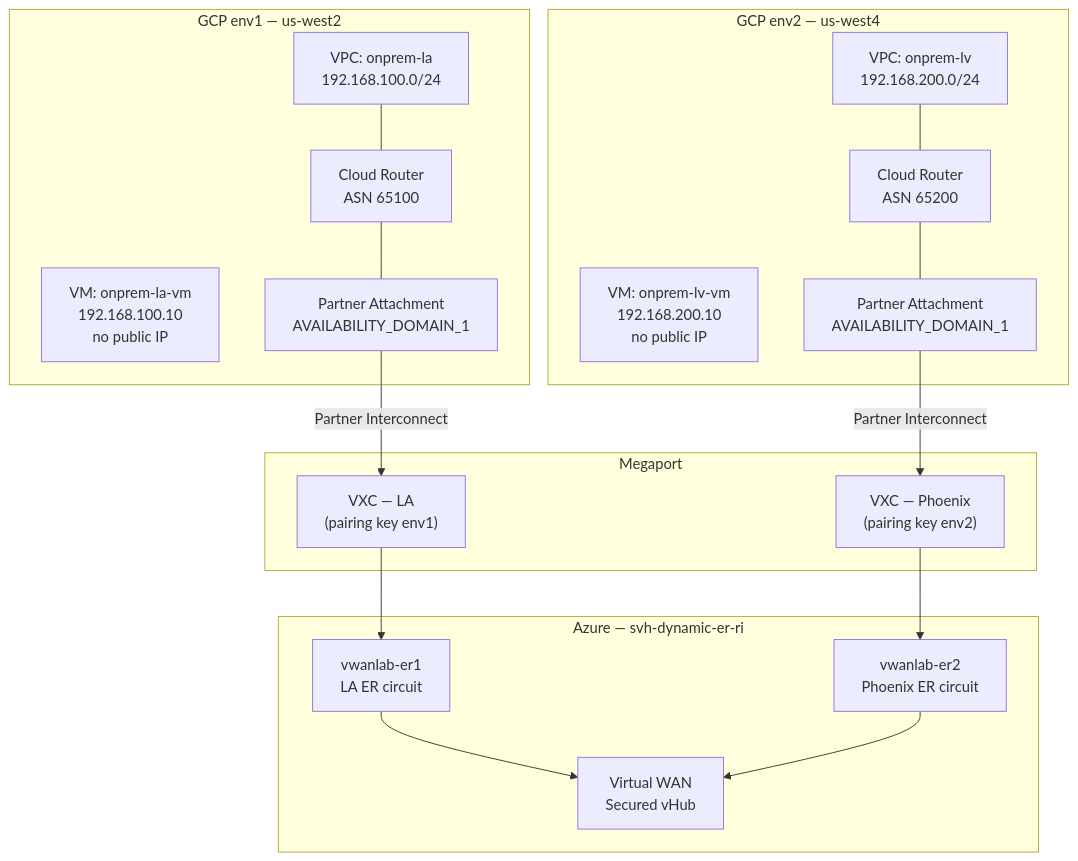
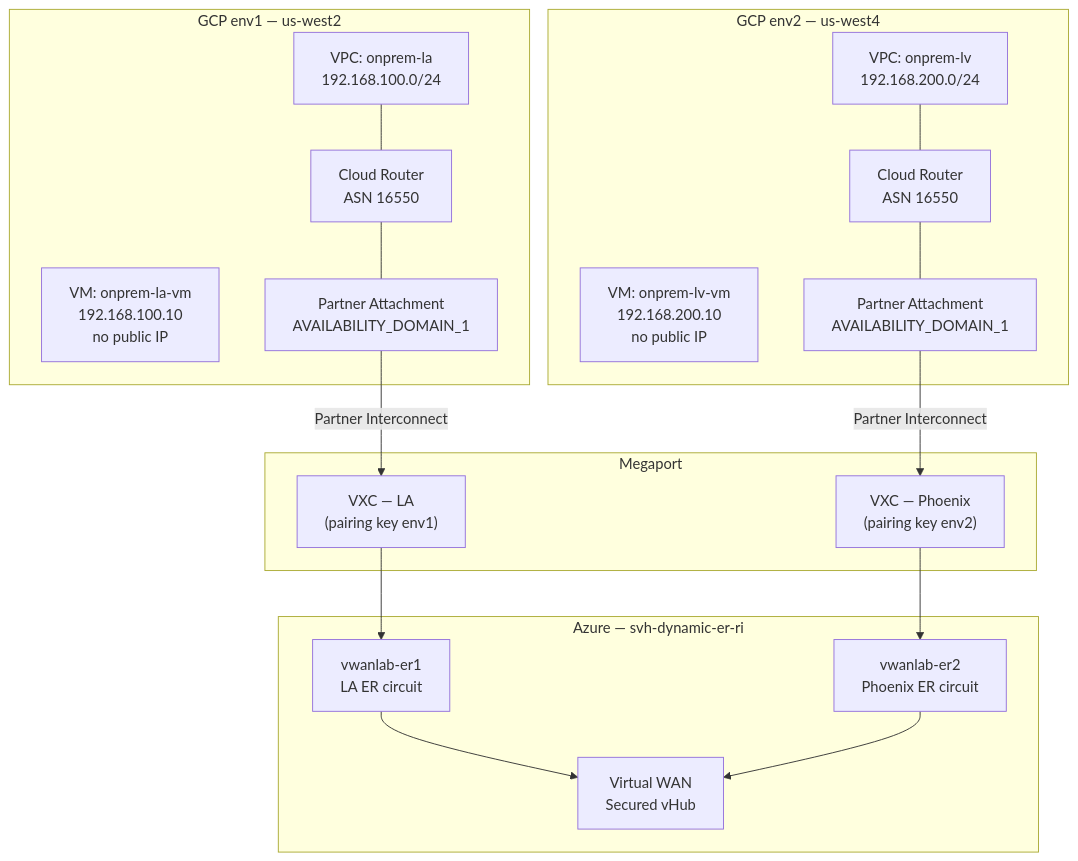
One commit to dmauser/azure-virtualwan changed the diagram in gcp-onprem/docs/architecture.md. Above: the diagram before and after it, drawn with Mermaid. The commit also changed other lines of this file and 10 other files, not shown here.

First line of the commit message:
Fix GCP Partner Interconnect Cloud Router ASN (pin to 16550)

````diff
--- a/gcp-onprem/docs/architecture.md
+++ b/gcp-onprem/docs/architecture.md
@@ -25,32 +29,32 @@
 ```mermaid
 graph TD
   subgraph gcpenv1["GCP env1 — us-west2"]
     vpc1["VPC: onprem-la\n192.168.100.0/24"]
     vm1["VM: onprem-la-vm\n192.168.100.10\nno public IP"]
-    router1["Cloud Router\nASN 65100"]
+    router1["Cloud Router\nASN 16550"]
     att1["Partner Attachment\nAVAILABILITY_DOMAIN_1"]
   end
 
   subgraph gcpenv2["GCP env2 — us-west4"]
     vpc2["VPC: onprem-lv\n192.168.200.0/24"]
     vm2["VM: onprem-lv-vm\n192.168.200.10\nno public IP"]
-    router2["Cloud Router\nASN 65200"]
+    router2["Cloud Router\nASN 16550"]
     att2["Partner Attachment\nAVAILABILITY_DOMAIN_1"]
   end
 
   subgraph megaport["Megaport"]
     vxc1["VXC — LA\n(pairing key env1)"]
     vxc2["VXC — Phoenix\n(pairing key env2)"]
   end
 
   subgraph azure["Azure — svh-dynamic-er-ri"]
     er1["vwanlab-er1\nLA ER circuit"]
     er2["vwanlab-er2\nPhoenix ER circuit"]
     hub["Virtual WAN\nSecured vHub"]
   end
 
   vpc1 --- router1 --- att1
   vpc2 --- router2 --- att2
   att1 -->|Partner Interconnect| vxc1 --> er1 --> hub
   att2 -->|Partner Interconnect| vxc2 --> er2 --> hub
 ```
````
